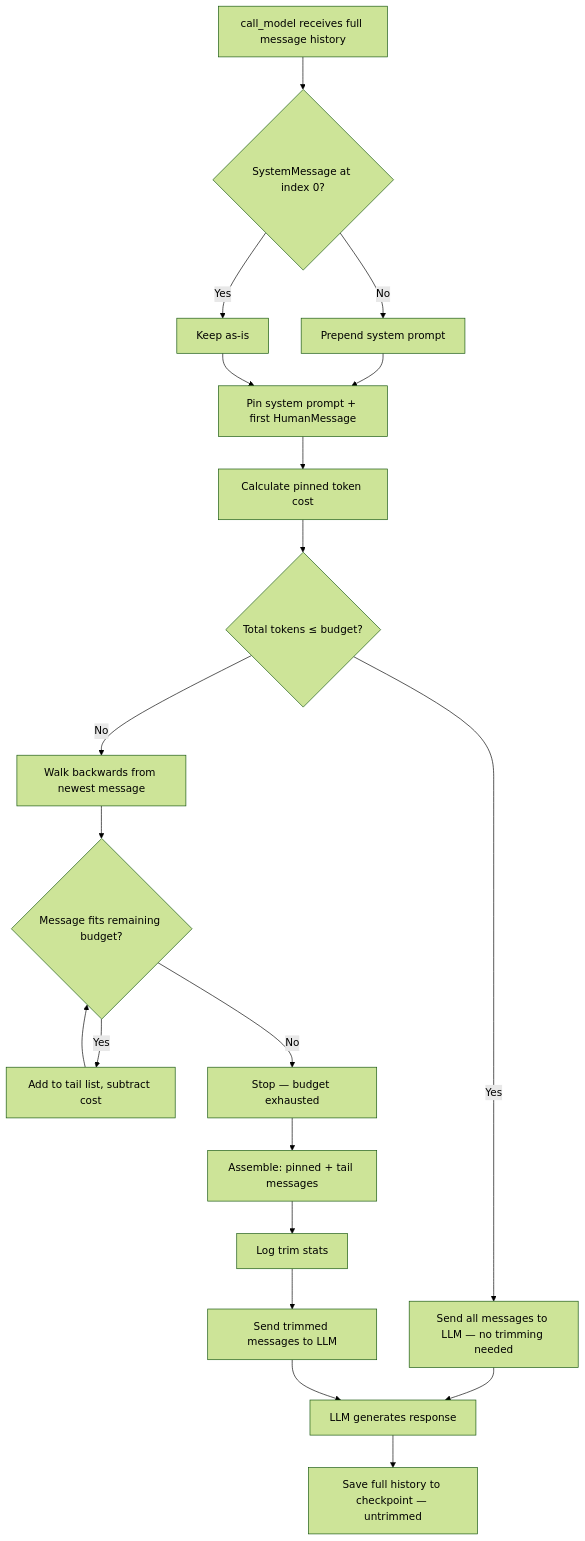
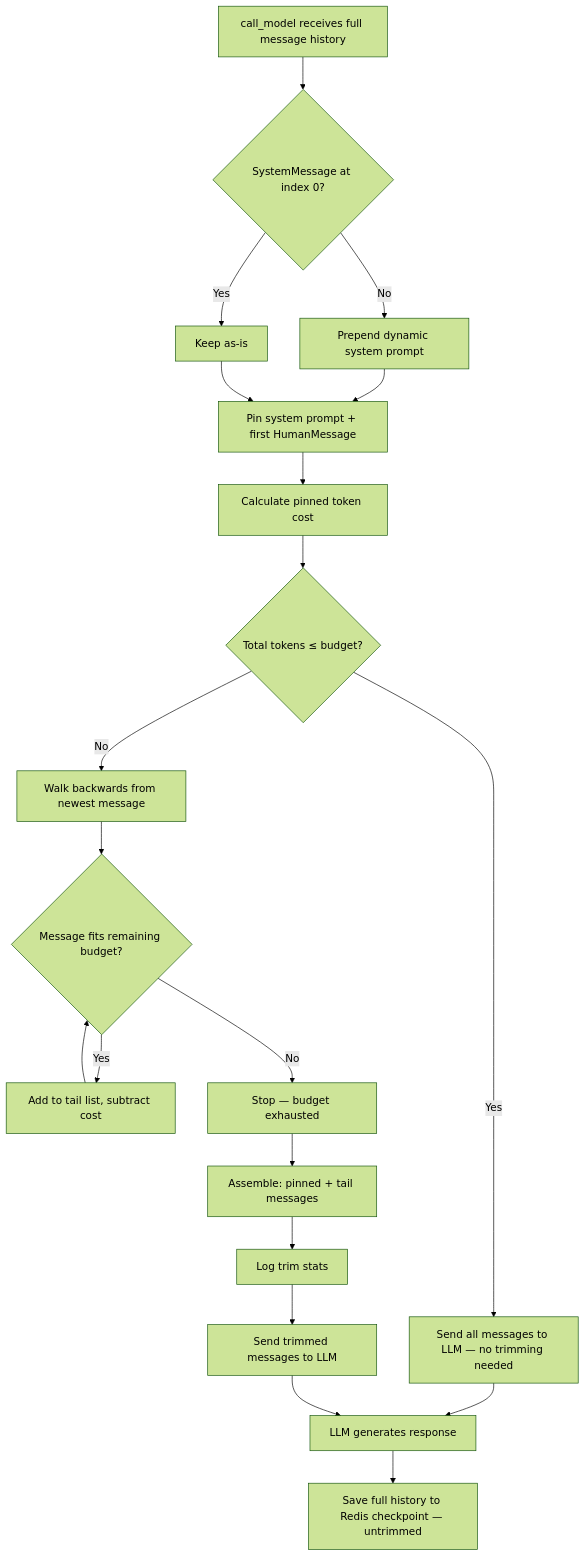
Before and after one commit to Noice1909/Neo4j-Agent: the second of 2 diagrams in app/README.md, drawn with Mermaid (forest theme). The commit also changed other lines of this file and 29 other files, not shown here.

````diff
--- a/app/README.md
+++ b/app/README.md
@@ -445,22 +506,22 @@
 ```mermaid
 flowchart TD
     A[call_model receives full message history] --> B{SystemMessage at index 0?}
-    B -- No --> C[Prepend system prompt]
+    B -- No --> C[Prepend dynamic system prompt]
     B -- Yes --> D[Keep as-is]
     C --> E[Pin system prompt + first HumanMessage]
     D --> E
     E --> F[Calculate pinned token cost]
     F --> G{Total tokens ≤ budget?}
     G -- Yes --> H[Send all messages to LLM — no trimming needed]
     G -- No --> I[Walk backwards from newest message]
     I --> J{Message fits remaining budget?}
     J -- Yes --> K[Add to tail list, subtract cost]
     K --> J
     J -- No --> L[Stop — budget exhausted]
     L --> M[Assemble: pinned + tail messages]
     M --> N[Log trim stats]
     N --> O[Send trimmed messages to LLM]
     H --> P[LLM generates response]
     O --> P
-    P --> Q[Save full history to checkpoint — untrimmed]
+    P --> Q[Save full history to Redis checkpoint — untrimmed]
 ```
````
